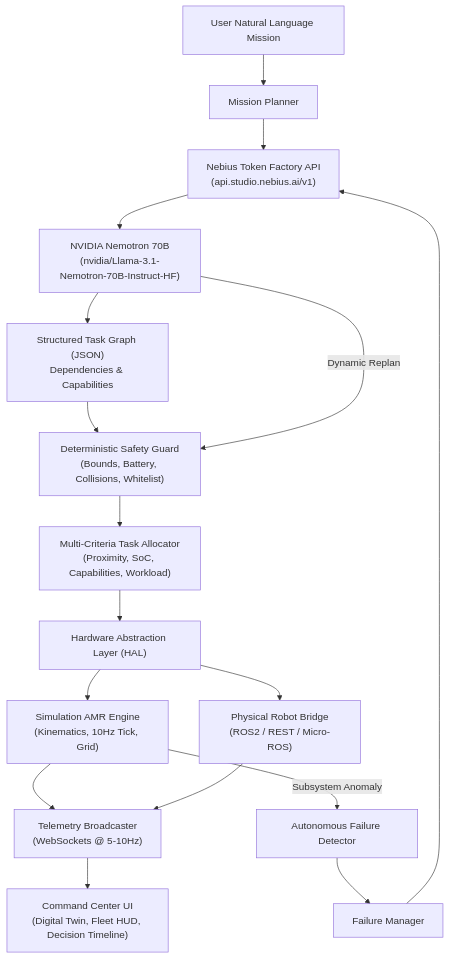
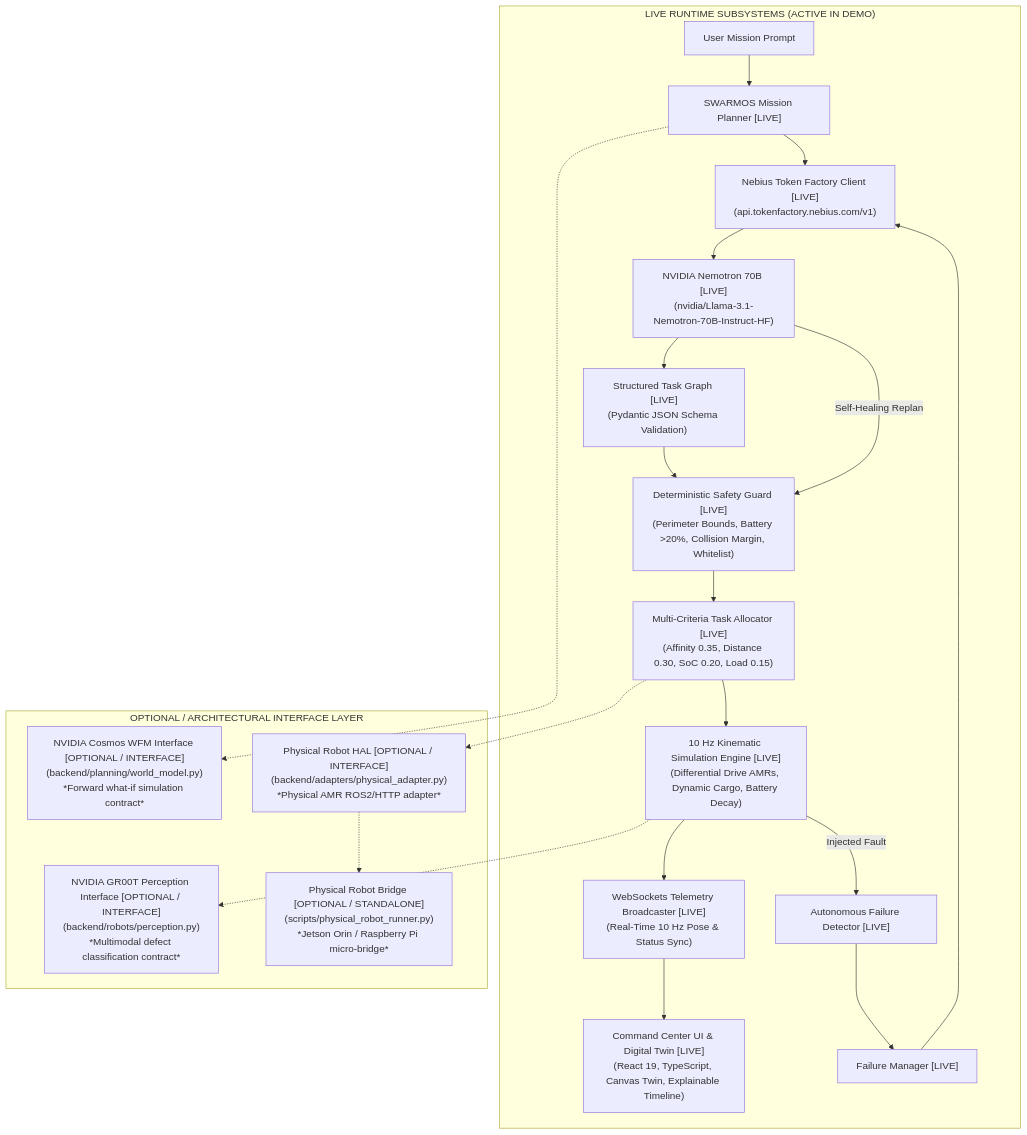
One commit to bhavesh200628-debug/SWARMOS changed the first of 2 diagrams in docs/architecture.md. Above: the diagram before and after it, drawn with Mermaid. The commit also changed 8 other files, not shown here.

````diff
--- a/docs/architecture.md
+++ b/docs/architecture.md
@@ -14,19 +14,30 @@
 ```mermaid
 flowchart TD
-    NL["User Natural Language Mission"] --> Planner["Mission Planner"]
-    Planner --> NebiusClient["Nebius Token Factory API\n(api.studio.nebius.ai/v1)"]
-    NebiusClient --> Nemotron["NVIDIA Nemotron 70B\n(nvidia/Llama-3.1-Nemotron-70B-Instruct-HF)"]
-    Nemotron --> Decomp["Structured Task Graph (JSON)\nDependencies & Capabilities"]
-    Decomp --> SafetyGuard["Deterministic Safety Guard\n(Bounds, Battery, Collisions, Whitelist)"]
-    SafetyGuard --> Allocator["Multi-Criteria Task Allocator\n(Proximity, SoC, Capabilities, Workload)"]
-    Allocator --> HAL["Hardware Abstraction Layer (HAL)"]
-    HAL --> Sim["Simulation AMR Engine\n(Kinematics, 10Hz Tick, Grid)"]
-    HAL --> Phys["Physical Robot Bridge\n(ROS2 / REST / Micro-ROS)"]
-    Sim --> Telemetry["Telemetry Broadcaster\n(WebSockets @ 5-10Hz)"]
-    Phys --> Telemetry
-    Telemetry --> UI["Command Center UI\n(Digital Twin, Fleet HUD, Decision Timeline)"]
-    Sim -- Subsystem Anomaly --> Detector["Autonomous Failure Detector"]
-    Detector --> FailMgr["Failure Manager"]
-    FailMgr --> NebiusClient
-    Nemotron -- Dynamic Replan --> SafetyGuard
+    subgraph LIVE_PIPELINE ["LIVE RUNTIME SUBSYSTEMS (ACTIVE IN DEMO)"]
+        NL["User Mission Prompt"] --> Planner["SWARMOS Mission Planner [LIVE]"]
+        Planner --> NebiusClient["Nebius Token Factory Client [LIVE]\n(api.tokenfactory.nebius.com/v1)"]
+        NebiusClient --> Nemotron["NVIDIA Nemotron 70B [LIVE]\n(nvidia/Llama-3.1-Nemotron-70B-Instruct-HF)"]
+        Nemotron --> Decomp["Structured Task Graph [LIVE]\n(Pydantic JSON Schema Validation)"]
+        Decomp --> SafetyGuard["Deterministic Safety Guard [LIVE]\n(Perimeter Bounds, Battery >20%, Collision Margin, Whitelist)"]
+        SafetyGuard --> Allocator["Multi-Criteria Task Allocator [LIVE]\n(Affinity 0.35, Distance 0.30, SoC 0.20, Load 0.15)"]
+        Allocator --> Sim["10 Hz Kinematic Simulation Engine [LIVE]\n(Differential Drive AMRs, Dynamic Cargo, Battery Decay)"]
+        Sim --> Telemetry["WebSockets Telemetry Broadcaster [LIVE]\n(Real-Time 10 Hz Pose & Status Sync)"]
+        Telemetry --> UI["Command Center UI & Digital Twin [LIVE]\n(React 19, TypeScript, Canvas Twin, Explainable Timeline)"]
+        Sim -- Injected Fault --> Detector["Autonomous Failure Detector [LIVE]"]
+        Detector --> FailMgr["Failure Manager [LIVE]"]
+        FailMgr --> NebiusClient
+        Nemotron -- Self-Healing Replan --> SafetyGuard
+    end
+
+    subgraph EXTENSION_INTERFACES ["OPTIONAL / ARCHITECTURAL INTERFACE LAYER"]
+        Cosmos["NVIDIA Cosmos WFM Interface [OPTIONAL / INTERFACE]\n(backend/planning/world_model.py)\n*Forward what-if simulation contract*"]
+        GROOT["NVIDIA GR00T Perception Interface [OPTIONAL / INTERFACE]\n(backend/robots/perception.py)\n*Multimodal defect classification contract*"]
+        HAL["Physical Robot HAL [OPTIONAL / INTERFACE]\n(backend/adapters/physical_adapter.py)\n*Physical AMR ROS2/HTTP adapter*"]
+        Bridge["Physical Robot Bridge [OPTIONAL / STANDALONE]\n(scripts/physical_robot_runner.py)\n*Jetson Orin / Raspberry Pi micro-bridge*"]
+        HAL -.-> Bridge
+    end
+
+    Planner -.-> Cosmos
+    Sim -.-> GROOT
+    Allocator -.-> HAL
 ```
````
